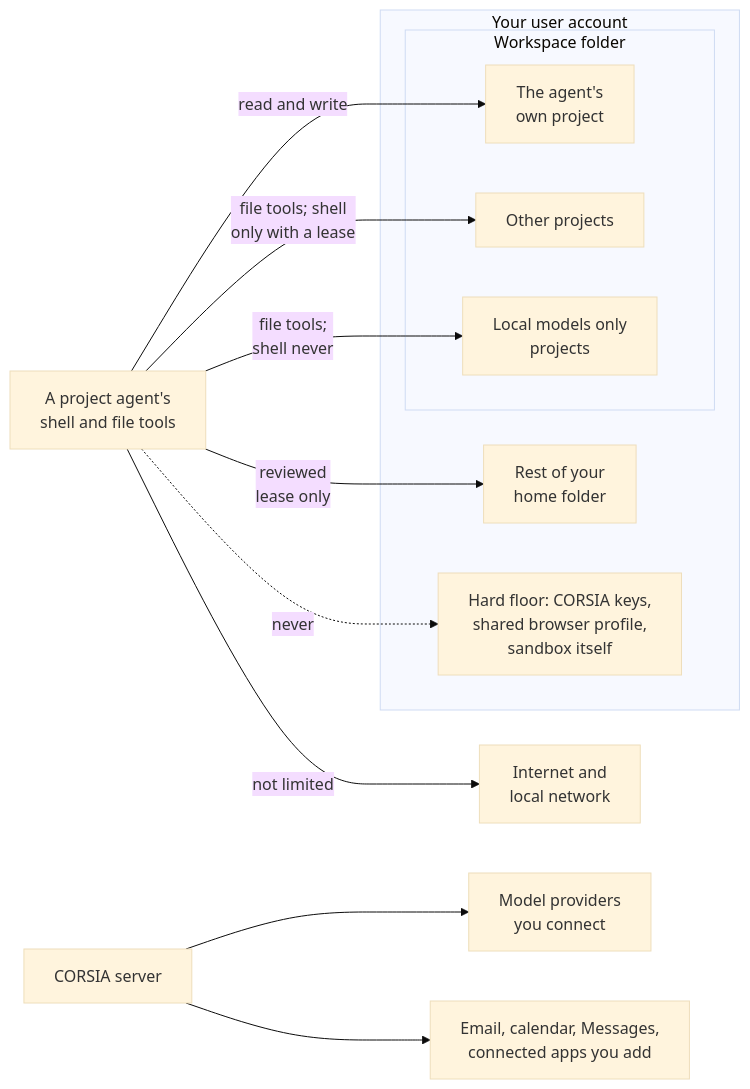
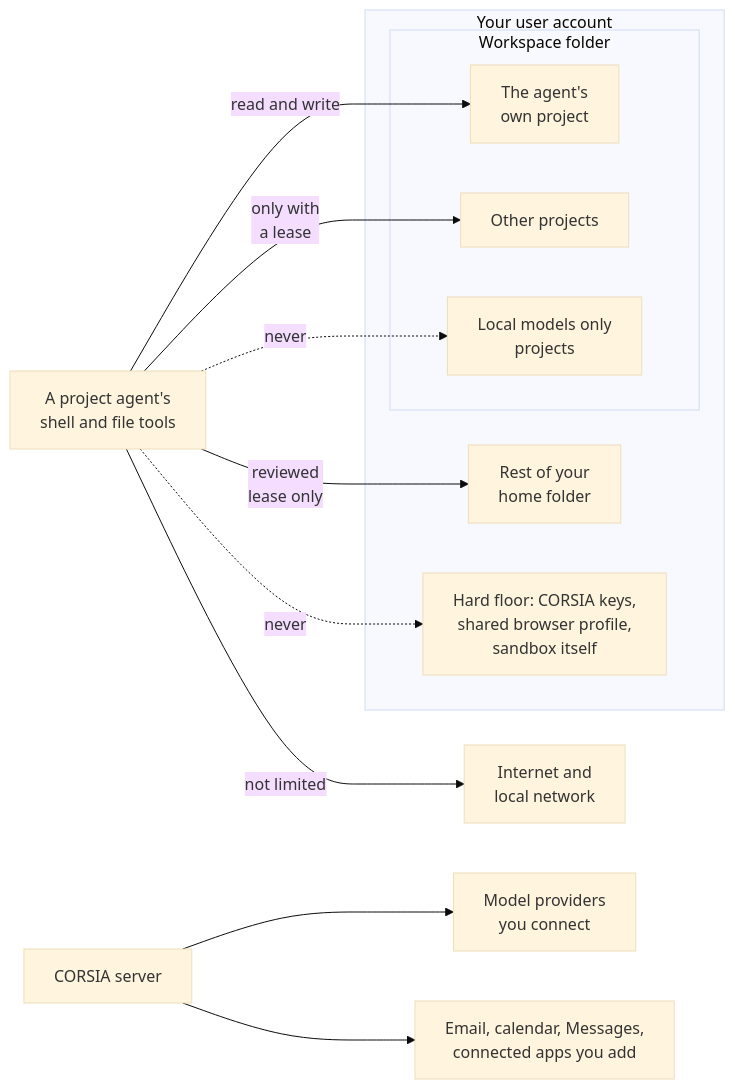
The diagram in docs/security/README.md (cebertowicz/corsia), drawn with Mermaid (base theme) before and after one commit. The commit also changed other lines of this file and 10 other files, not shown here.

````diff
--- a/docs/security/README.md
+++ b/docs/security/README.md
@@ -9,20 +9,20 @@
 ```mermaid
 flowchart LR
     subgraph You[Your user account]
         subgraph WS[Workspace folder]
             P1[The agent's<br/>own project]
             P2[Other projects]
             P3[Local models only<br/>projects]
         end
         H[Rest of your<br/>home folder]
         F[Hard floor: CORSIA keys,<br/>shared browser profile,<br/>sandbox itself]
     end
     A[A project agent's<br/>shell and file tools] -->|read and write| P1
-    A -->|file tools; shell<br/>only with a lease| P2
-    A -->|file tools;<br/>shell never| P3
+    A -->|only with<br/>a lease| P2
+    A -.->|never| P3
     A -->|reviewed<br/>lease only| H
     A -.->|never| F
     A -->|not limited| N[Internet and<br/>local network]
     S[CORSIA server] --> M[Model providers<br/>you connect]
     S --> C[Email, calendar, Messages,<br/>connected apps you add]
 ```
````
